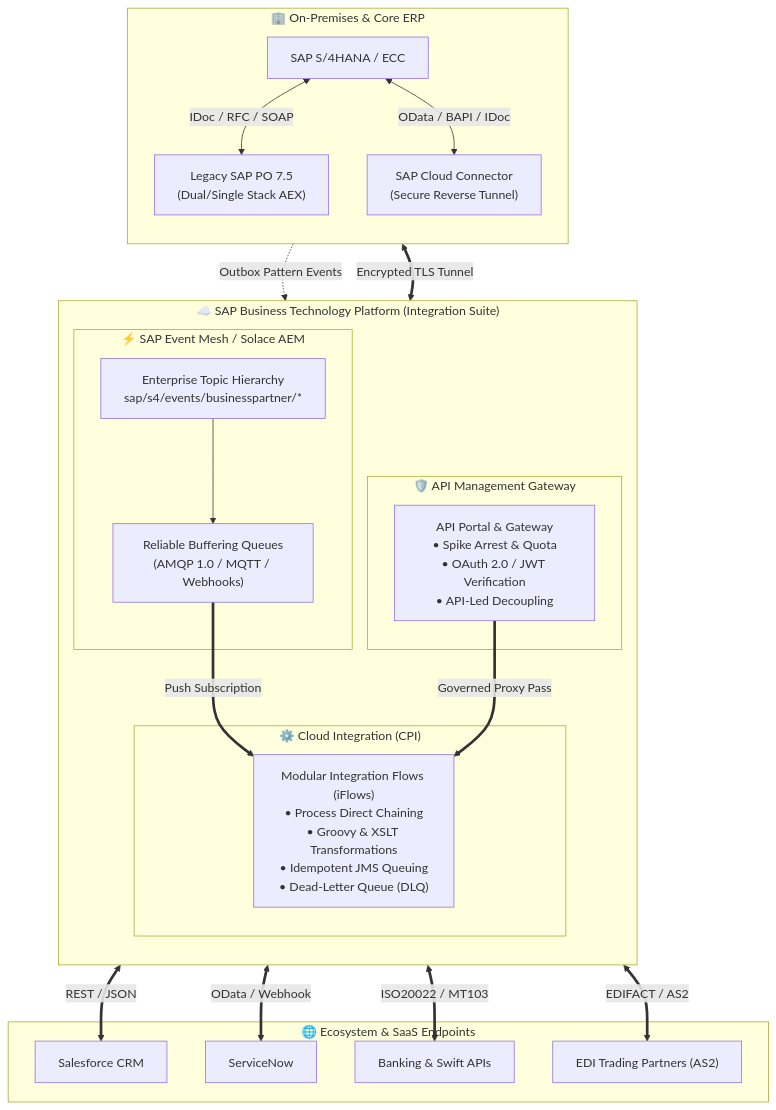
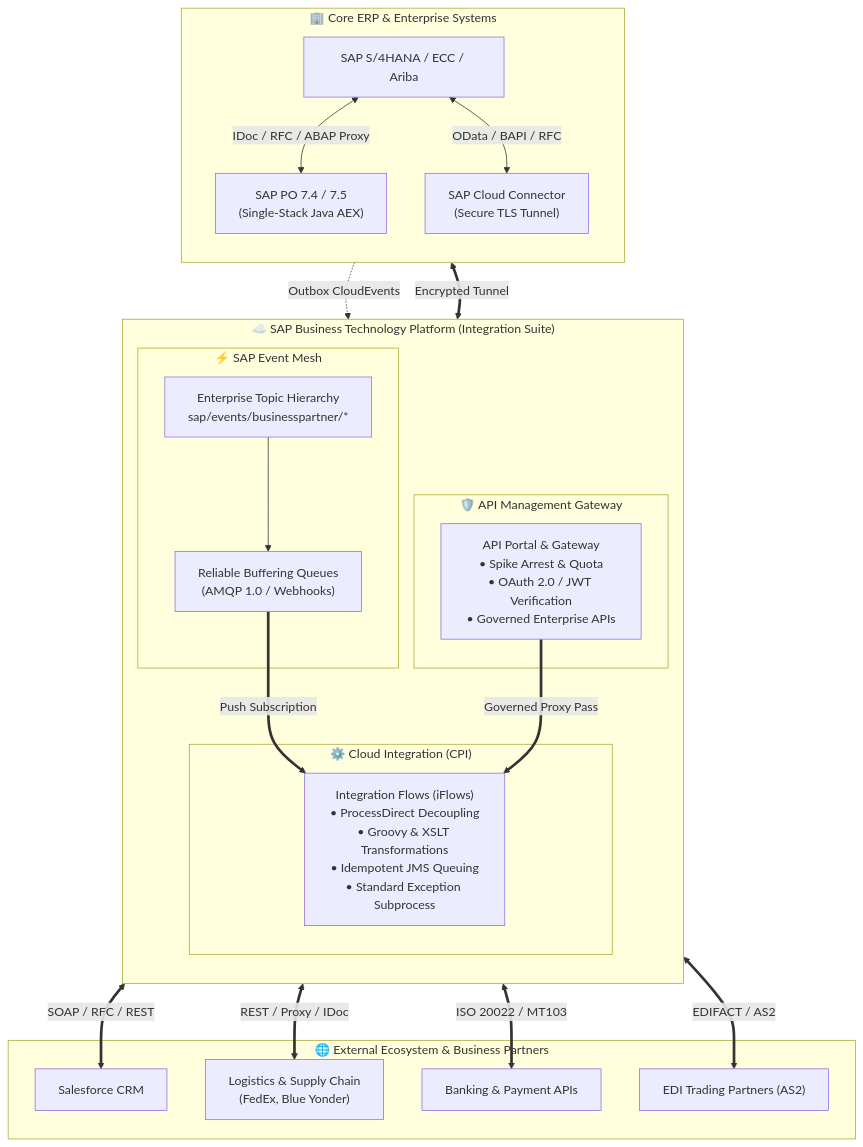
One commit to adarshbabumk1/adarshbabumk1 changed the diagram in README.md. Above: the diagram before and after it, drawn with Mermaid. The commit also changed other lines of this file, not shown here.

Commit message:
docs: align executive summary and technical focus to Tech Lead in SAP Integration

````diff
--- a/README.md
+++ b/README.md
@@ -114,44 +107,44 @@
 ```mermaid
 flowchart TB
-    subgraph S4["🏢 On-Premises & Core ERP"]
+    subgraph S4["🏢 Core ERP & Enterprise Systems"]
         direction TB
-        ERP["SAP S/4HANA / ECC"]
-        PO["Legacy SAP PO 7.5\n(Dual/Single Stack AEX)"]
-        CC["SAP Cloud Connector\n(Secure Reverse Tunnel)"]
-        ERP <-->|IDoc / RFC / SOAP| PO
-        ERP <-->|OData / BAPI / IDoc| CC
+        ERP["SAP S/4HANA / ECC / Ariba"]
+        PO["SAP PO 7.4 / 7.5\n(Single-Stack Java AEX)"]
+        CC["SAP Cloud Connector\n(Secure TLS Tunnel)"]
+        ERP <-->|IDoc / RFC / ABAP Proxy| PO
+        ERP <-->|OData / BAPI / RFC| CC
     end
 
     subgraph BTP["☁️ SAP Business Technology Platform (Integration Suite)"]
         direction TB
         subgraph APIM["🛡️ API Management Gateway"]
-            APIGW["API Portal & Gateway\n• Spike Arrest & Quota\n• OAuth 2.0 / JWT Verification\n• API-Led Decoupling"]
+            APIGW["API Portal & Gateway\n• Spike Arrest & Quota\n• OAuth 2.0 / JWT Verification\n• Governed Enterprise APIs"]
         end
 
         subgraph CPI["⚙️ Cloud Integration (CPI)"]
-            IFLOW["Modular Integration Flows (iFlows)\n• Process Direct Chaining\n• Groovy & XSLT Transformations\n• Idempotent JMS Queuing\n• Dead-Letter Queue (DLQ)"]
+            IFLOW["Integration Flows (iFlows)\n• ProcessDirect Decoupling\n• Groovy & XSLT Transformations\n• Idempotent JMS Queuing\n• Standard Exception Subprocess"]
         end
 
-        subgraph AEM["⚡ SAP Event Mesh / Solace AEM"]
-            TOPIC["Enterprise Topic Hierarchy\nsap/s4/events/businesspartner/*"]
-            QUEUE["Reliable Buffering Queues\n(AMQP 1.0 / MQTT / Webhooks)"]
+        subgraph EM["⚡ SAP Event Mesh"]
+            TOPIC["Enterprise Topic Hierarchy\nsap/events/businesspartner/*"]
+            QUEUE["Reliable Buffering Queues\n(AMQP 1.0 / Webhooks)"]
             TOPIC --> QUEUE
         end
     end
 
-    subgraph CLOUD_TARGETS["🌐 Ecosystem & SaaS Endpoints"]
+    subgraph TARGETS["🌐 External Ecosystem & Business Partners"]
         SFDC["Salesforce CRM"]
-        SNOW["ServiceNow"]
-        BANK["Banking & Swift APIs"]
+        LOGISTICS["Logistics & Supply Chain\n(FedEx, Blue Yonder)"]
+        BANK["Banking & Payment APIs"]
         B2B["EDI Trading Partners (AS2)"]
     end
 
-    CC <==>|Encrypted TLS Tunnel| CPI
-    ERP -.->|Outbox Pattern Events| TOPIC
+    CC <==>|Encrypted Tunnel| CPI
+    ERP -.->|Outbox CloudEvents| TOPIC
     QUEUE ==>|Push Subscription| IFLOW
     APIGW ==>|Governed Proxy Pass| IFLOW
-    IFLOW <==>|REST / JSON| SFDC
-    IFLOW <==>|OData / Webhook| SNOW
-    IFLOW <==>|ISO20022 / MT103| BANK
+    IFLOW <==>|SOAP / RFC / REST| SFDC
+    IFLOW <==>|REST / Proxy / IDoc| LOGISTICS
+    IFLOW <==>|ISO 20022 / MT103| BANK
     IFLOW <==>|EDIFACT / AS2| B2B
 ```
````
